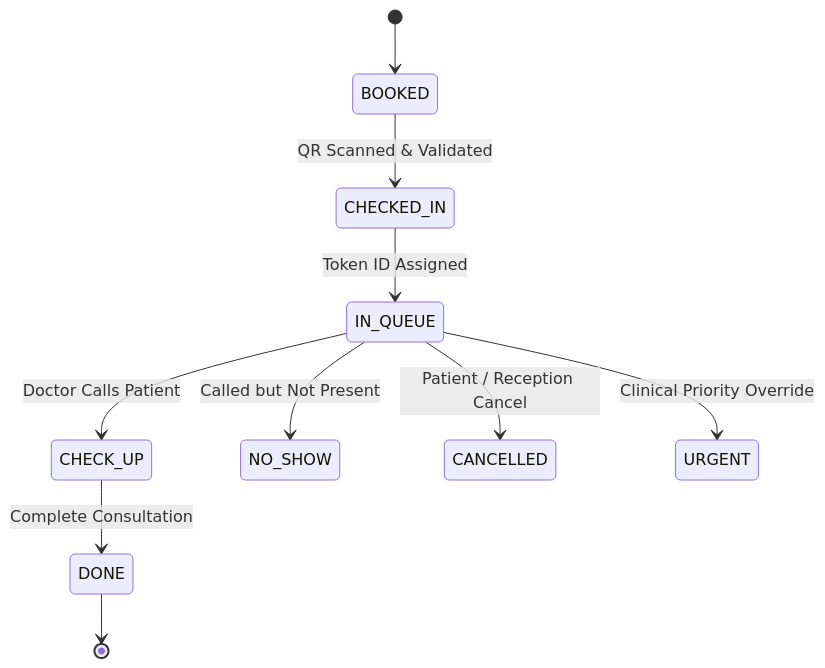
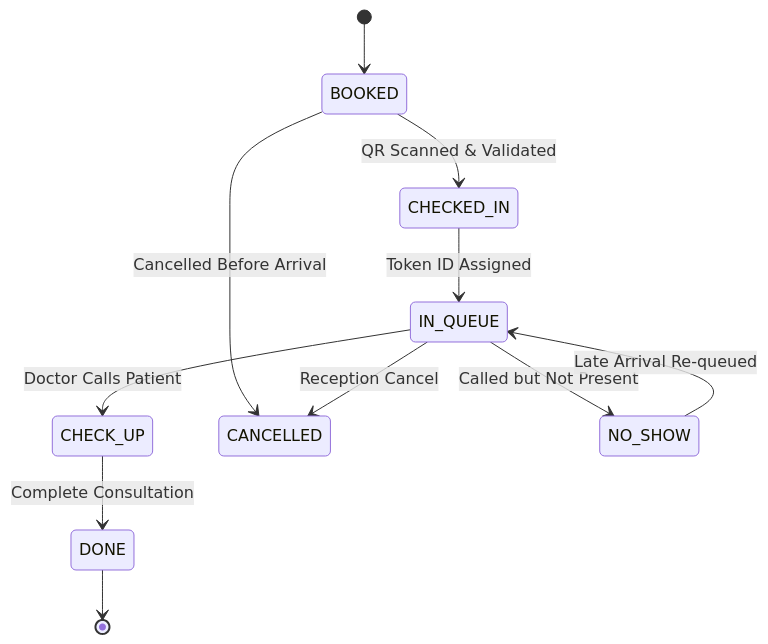
The fourth of 4 diagrams in docs/mvp-ideation.md (Junaidk007/MediQ), drawn with Mermaid before and after one commit. The commit also changed other lines of this file, not shown here.

````diff
--- a/docs/mvp-ideation.md
+++ b/docs/mvp-ideation.md
@@ -1254,14 +1300,15 @@
 ```mermaid
 stateDiagram-v2
     direction TB
     [*] --> BOOKED
     BOOKED --> CHECKED_IN: QR Scanned & Validated
     CHECKED_IN --> IN_QUEUE: Token ID Assigned
     IN_QUEUE --> CHECK_UP: Doctor Calls Patient
     CHECK_UP --> DONE: Complete Consultation
     DONE --> [*]
 
+    BOOKED --> CANCELLED: Cancelled Before Arrival
+    IN_QUEUE --> CANCELLED: Reception Cancel
     IN_QUEUE --> NO_SHOW: Called but Not Present
-    IN_QUEUE --> CANCELLED: Patient / Reception Cancel
-    IN_QUEUE --> URGENT: Clinical Priority Override
+    NO_SHOW --> IN_QUEUE: Late Arrival Re-queued
 ```
````
